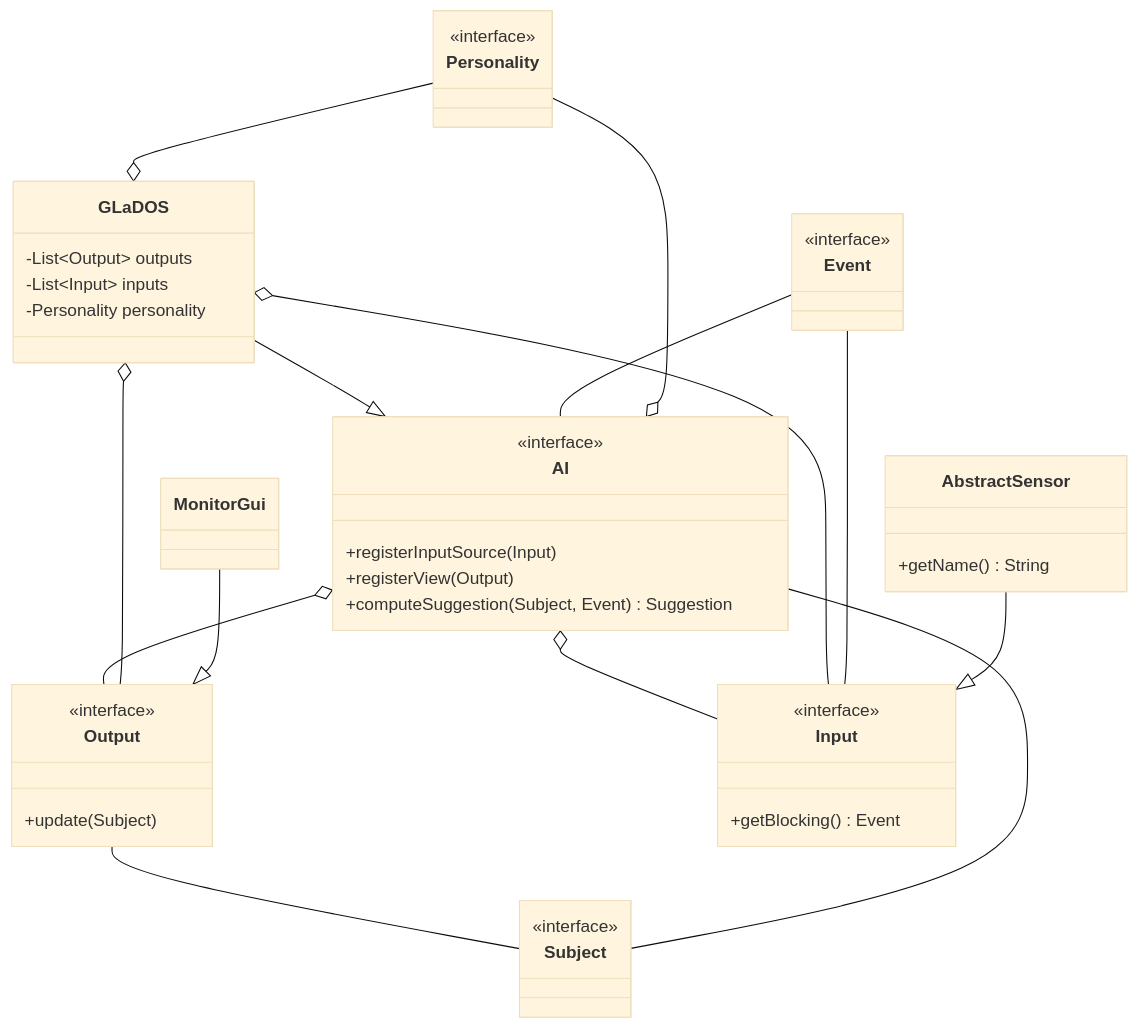
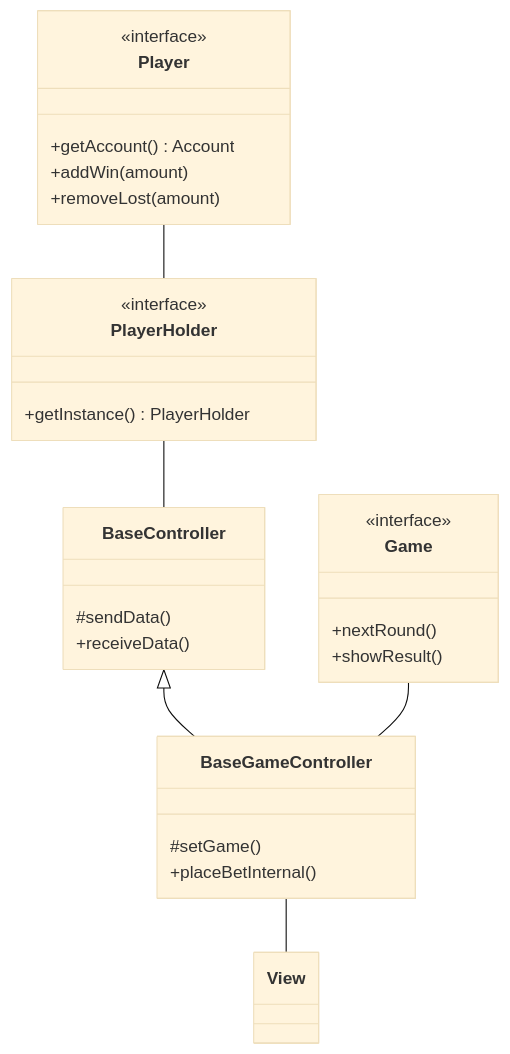
The second of 5 diagrams in Relazione.md (MatteoCalvanico/pss23-Calvanico-Monti-Ghinelli-VirtualCasino), drawn with Mermaid (base theme) before and after one commit. The commit also changed other lines of this file and 1 other file, not shown here.

````diff
--- a/Relazione.md
+++ b/Relazione.md
@@ -152,53 +90,42 @@
 ```mermaid
 classDiagram
+class Player {
+    +getAccount() Account
+    +addWin(amount)
+    +removeLost(amount)
+}
+<<interface>> Player
 
-class Event
-<<interface>> Event
+class PlayerHolder {
+    +getInstance() PlayerHolder
+}
+<<interface>> PlayerHolder
 
-class AI {
-    +registerInputSource(Input)
-    +registerView(Output)
-    +computeSuggestion(Subject, Event) Suggestion
+class Game {
+    +nextRound()
+    +showResult()    
 }
-<<interface>> AI
+<<interface>> Game
 
-class Output {
-    +update(Subject)
+class BaseController {
+    #sendData()
+    +receiveData()
 }
-<<interface>> Output
+<<interface>> Game
 
-class Subject
-<<interface>> Subject
+class BaseGameController {
+    #setGame()
+    +placeBetInternal()
+}
+<<interface>> Game
 
-class Personality
-<<interface>> Personality
+class View {
 
-class Input {
-    +getBlocking() Event
-}
-<<interface>> Input
-
-class GLaDOS {
-    -List~Output~ outputs
-    -List~Input~ inputs
-    -Personality personality 
 }
 
-class AbstractSensor {
-    +getName() String
-}
-
-GLaDOS --|> AI
-AI o-- Output
-AI o-- Input
-GLaDOS o-- Output
-GLaDOS o-- Input
-Event -- AI
-Event -- Input
-Subject -- AI
-Personality --o GLaDOS 
-Personality --o AI
-Output -- Subject
-AbstractSensor --|> Input
-MonitorGui --|> Output
+Player -- PlayerHolder
+PlayerHolder -- BaseController
+BaseController <|-- BaseGameController
+Game -- BaseGameController
+BaseGameController -- View
 ```
````
